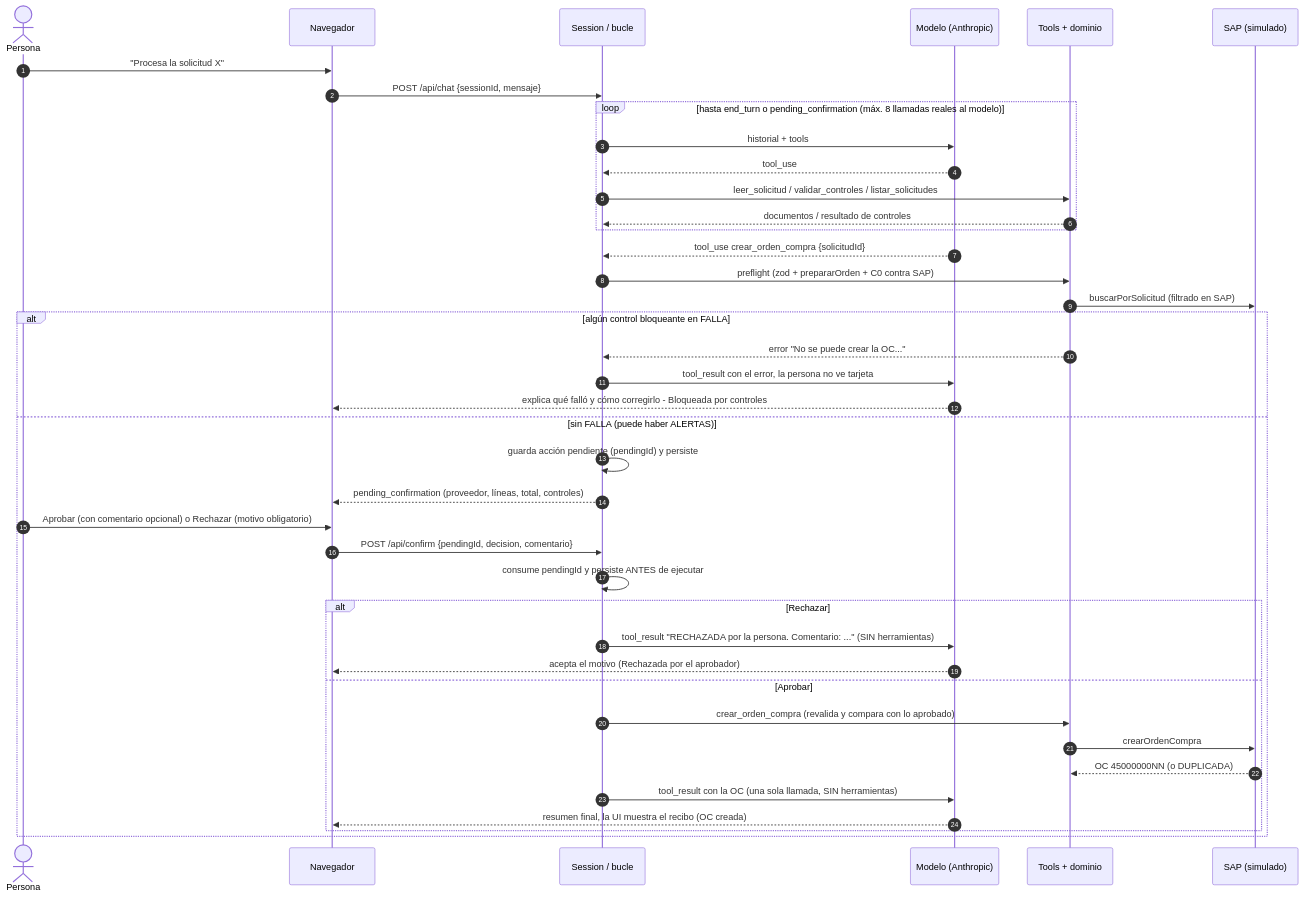
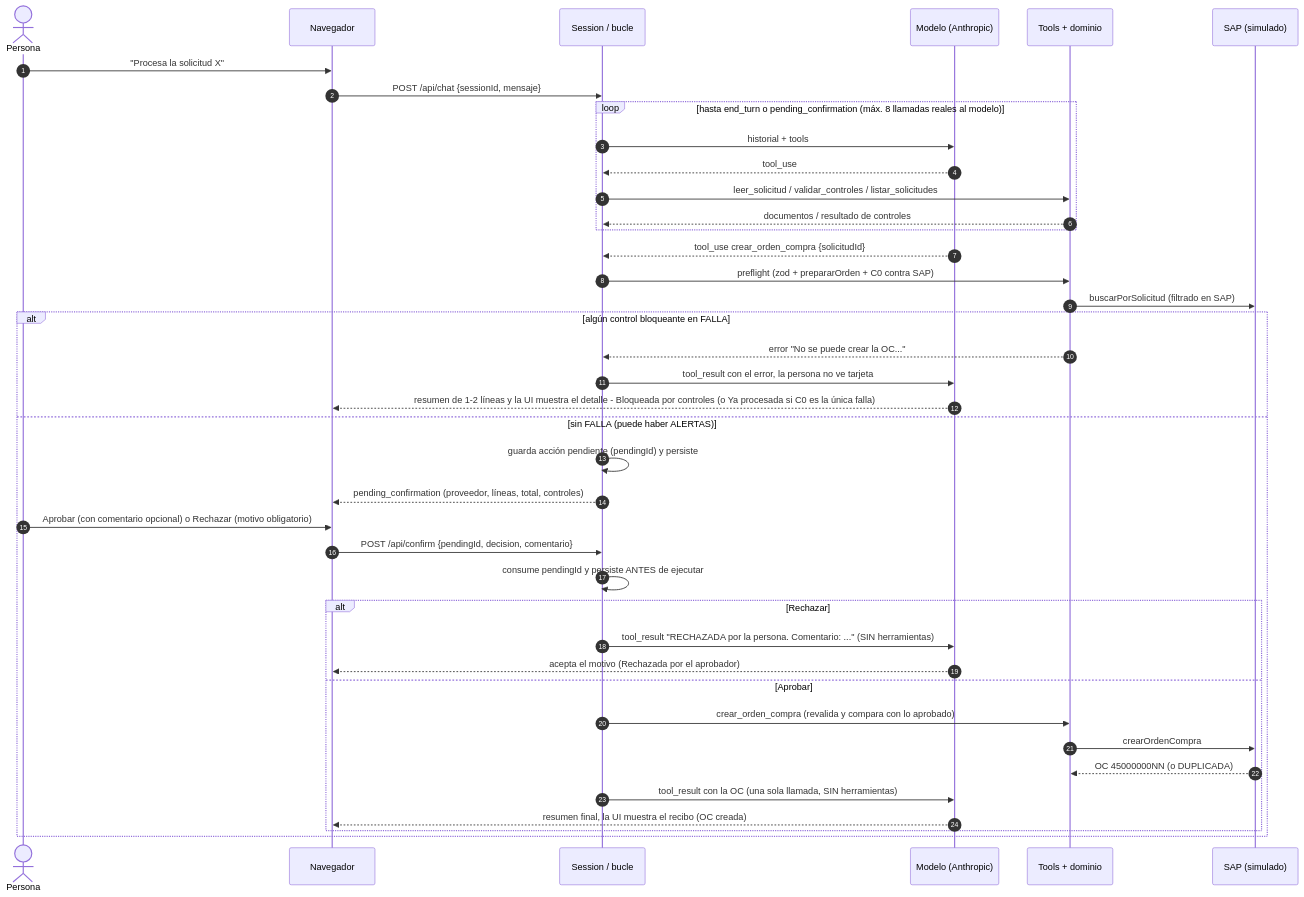
Before and after one commit to JuanColoradoV/reto-03-agente-oc: the second of 2 diagrams in SOLUCION.md, drawn with Mermaid. The commit also changed other lines of this file and 60 other files, not shown here.

````diff
--- a/SOLUCION.md
+++ b/SOLUCION.md
@@ -52,43 +72,43 @@
 ```mermaid
 sequenceDiagram
   autonumber
   actor U as Persona
   participant UI as Navegador
   participant S as Session / bucle
   participant M as Modelo (Anthropic)
   participant T as Tools + dominio
   participant SAP as SAP (simulado)
 
   U->>UI: "Procesa la solicitud X"
   UI->>S: POST /api/chat {sessionId, mensaje}
   loop hasta end_turn o pending_confirmation (máx. 8 llamadas reales al modelo)
     S->>M: historial + tools
     M-->>S: tool_use
     S->>T: leer_solicitud / validar_controles / listar_solicitudes
     T-->>S: documentos / resultado de controles
   end
   M-->>S: tool_use crear_orden_compra {solicitudId}
   S->>T: preflight (zod + prepararOrden + C0 contra SAP)
   T->>SAP: buscarPorSolicitud (filtrado en SAP)
   alt algún control bloqueante en FALLA
     T-->>S: error "No se puede crear la OC..."
     S->>M: tool_result con el error, la persona no ve tarjeta
-    M-->>UI: explica qué falló y cómo corregirlo - Bloqueada por controles
+    M-->>UI: resumen de 1-2 líneas y la UI muestra el detalle - Bloqueada por controles (o Ya procesada si C0 es la única falla)
   else sin FALLA (puede haber ALERTAS)
     S->>S: guarda acción pendiente (pendingId) y persiste
     S-->>UI: pending_confirmation (proveedor, líneas, total, controles)
     U->>UI: Aprobar (con comentario opcional) o Rechazar (motivo obligatorio)
     UI->>S: POST /api/confirm {pendingId, decision, comentario}
     S->>S: consume pendingId y persiste ANTES de ejecutar
     alt Rechazar
       S->>M: tool_result "RECHAZADA por la persona. Comentario: ..." (SIN herramientas)
       M-->>UI: acepta el motivo (Rechazada por el aprobador)
     else Aprobar
       S->>T: crear_orden_compra (revalida y compara con lo aprobado)
       T->>SAP: crearOrdenCompra
       SAP-->>T: OC 45000000NN (o DUPLICADA)
       S->>M: tool_result con la OC (una sola llamada, SIN herramientas)
       M-->>UI: resumen final, la UI muestra el recibo (OC creada)
     end
   end
 ```
````
